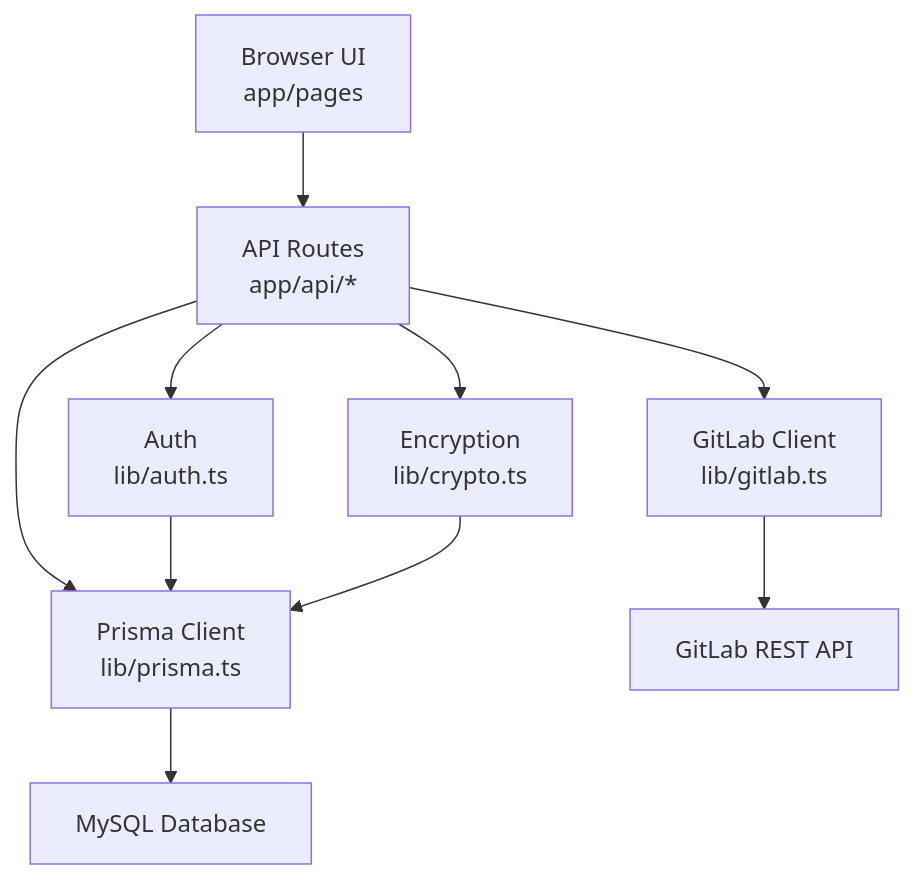
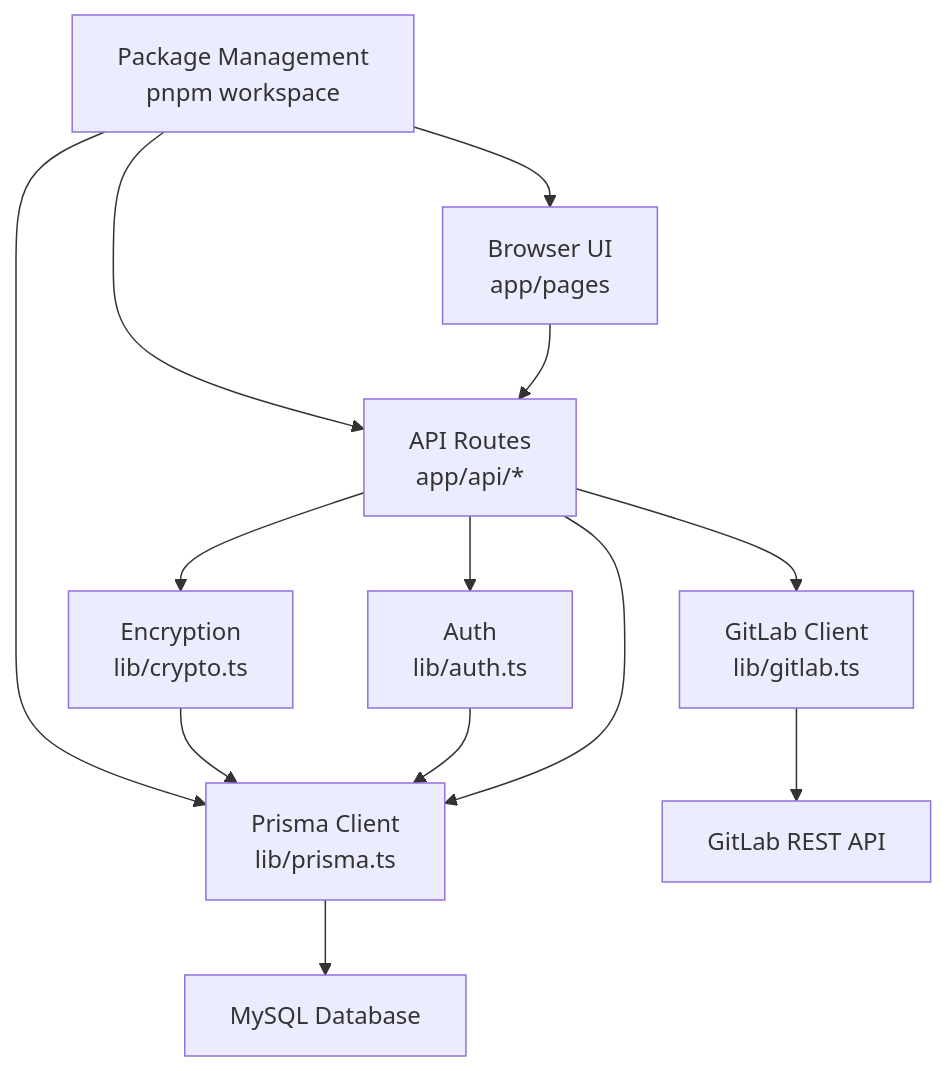
Before and after one commit to jrj444/git-daily: the second of 6 diagrams in .qoder/repowiki/en/content/Getting Started.md, drawn with Mermaid. The commit also changed other lines of this file and 8 other files, not shown here.

````diff
--- a/.qoder/repowiki/en/content/Getting Started.md
+++ b/.qoder/repowiki/en/content/Getting Started.md
@@ -150,12 +162,15 @@
 ```mermaid
 graph TB
 UI["Browser UI<br/>app/pages"] --> API["API Routes<br/>app/api/*"]
 API --> AUTH["Auth<br/>lib/auth.ts"]
 API --> GIT["GitLab Client<br/>lib/gitlab.ts"]
 API --> ENC["Encryption<br/>lib/crypto.ts"]
 API --> PRISMA["Prisma Client<br/>lib/prisma.ts"]
 PRISMA --> DB["MySQL Database"]
 AUTH --> PRISMA
 ENC --> PRISMA
 GIT --> GLAPI["GitLab REST API"]
+PKG["Package Management<br/>pnpm workspace"] --> UI
+PKG --> API
+PKG --> PRISMA
 ```
````
